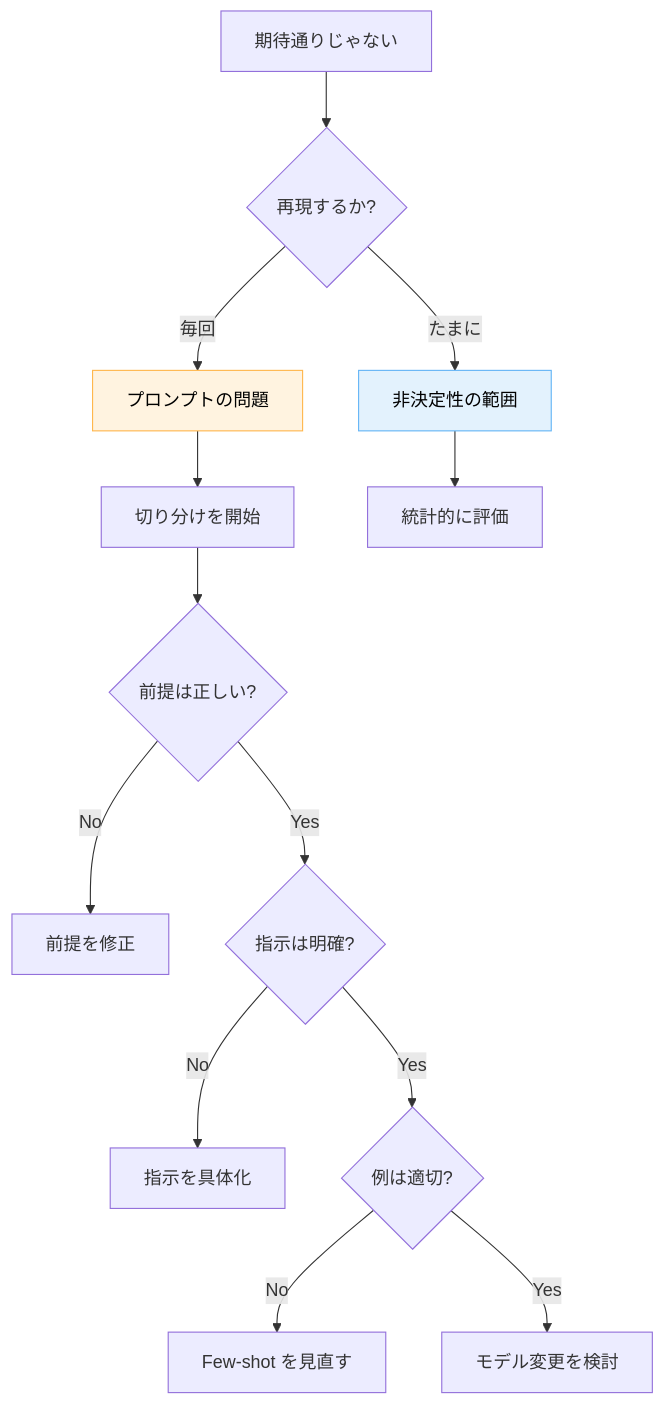
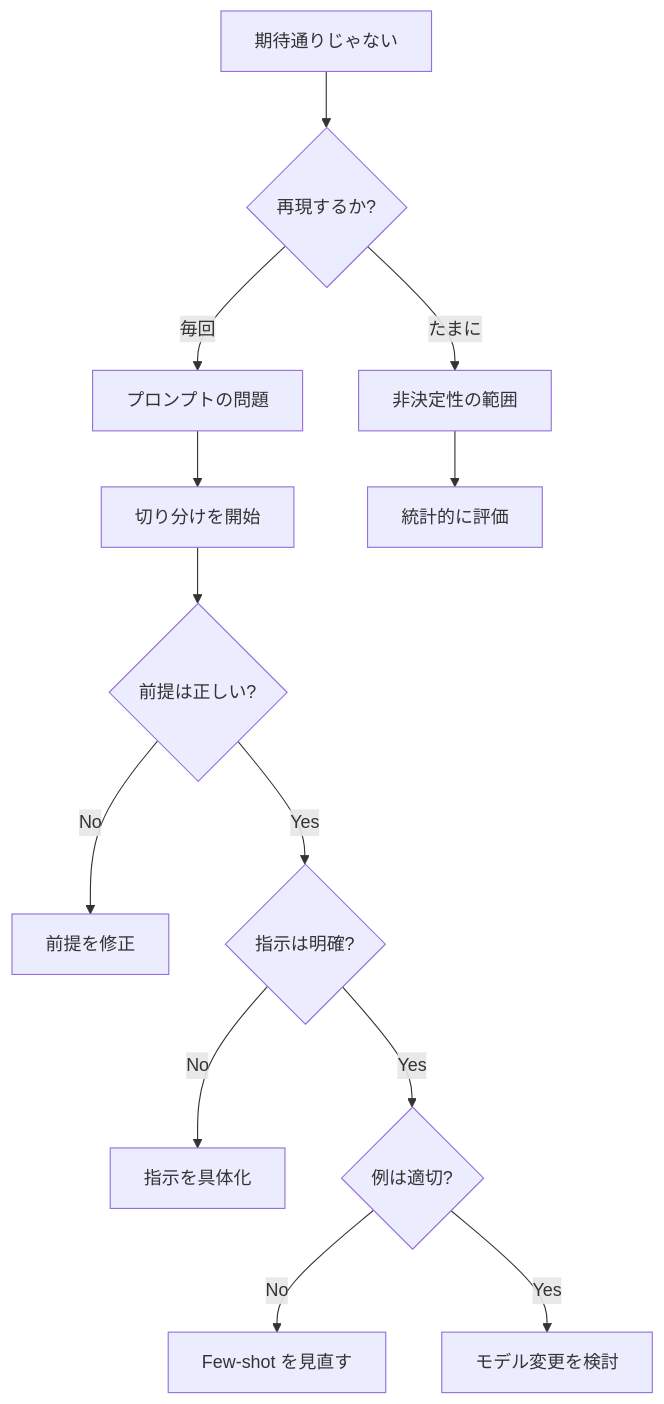
Before and after one commit to dinekt/dinekt-wiki: the diagram in docs/techniques/プロンプトが期待通りに動かないときのデバッグ手順.md, drawn with Mermaid. The commit also changed 70 other files, not shown here.

First line of the commit message:
fix(mermaid): strip all inline styling, rely on theme

````diff
--- a/docs/techniques/プロンプトが期待通りに動かないときのデバッグ手順.md
+++ b/docs/techniques/プロンプトが期待通りに動かないときのデバッグ手順.md
@@ -23,19 +23,17 @@
 ```mermaid
 flowchart TD
     F[期待通りじゃない] --> R{再現するか?}
     R -->|毎回| D[プロンプトの問題]
     R -->|たまに| S[非決定性の範囲]
     D --> B[切り分けを開始]
     S --> E[統計的に評価]
 
     B --> B1{前提は正しい?}
     B1 -->|No| FIX1[前提を修正]
     B1 -->|Yes| B2{指示は明確?}
     B2 -->|No| FIX2[指示を具体化]
     B2 -->|Yes| B3{例は適切?}
     B3 -->|No| FIX3[Few-shot を見直す]
     B3 -->|Yes| B4[モデル変更を検討]
 
-    style D fill:#fff3e0,stroke:#ffb74d,color:#000
-    style S fill:#e3f2fd,stroke:#64b5f6,color:#000
 ```
````
